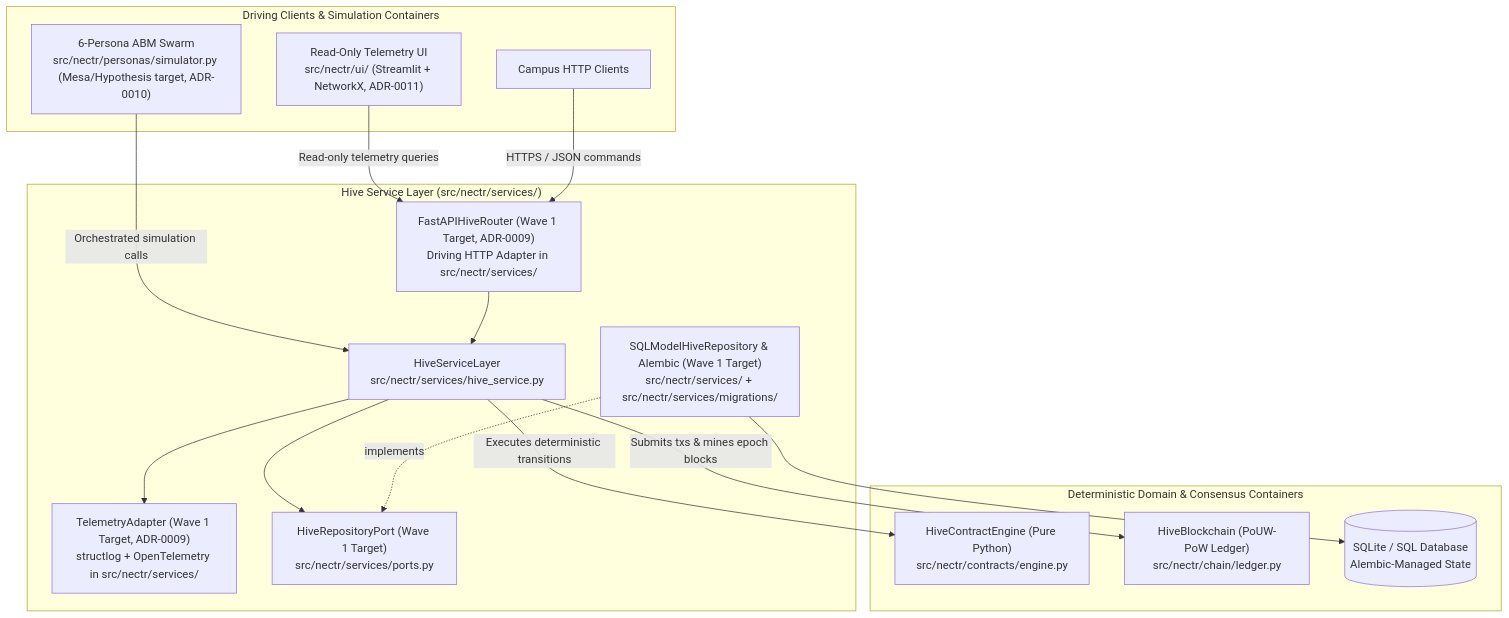
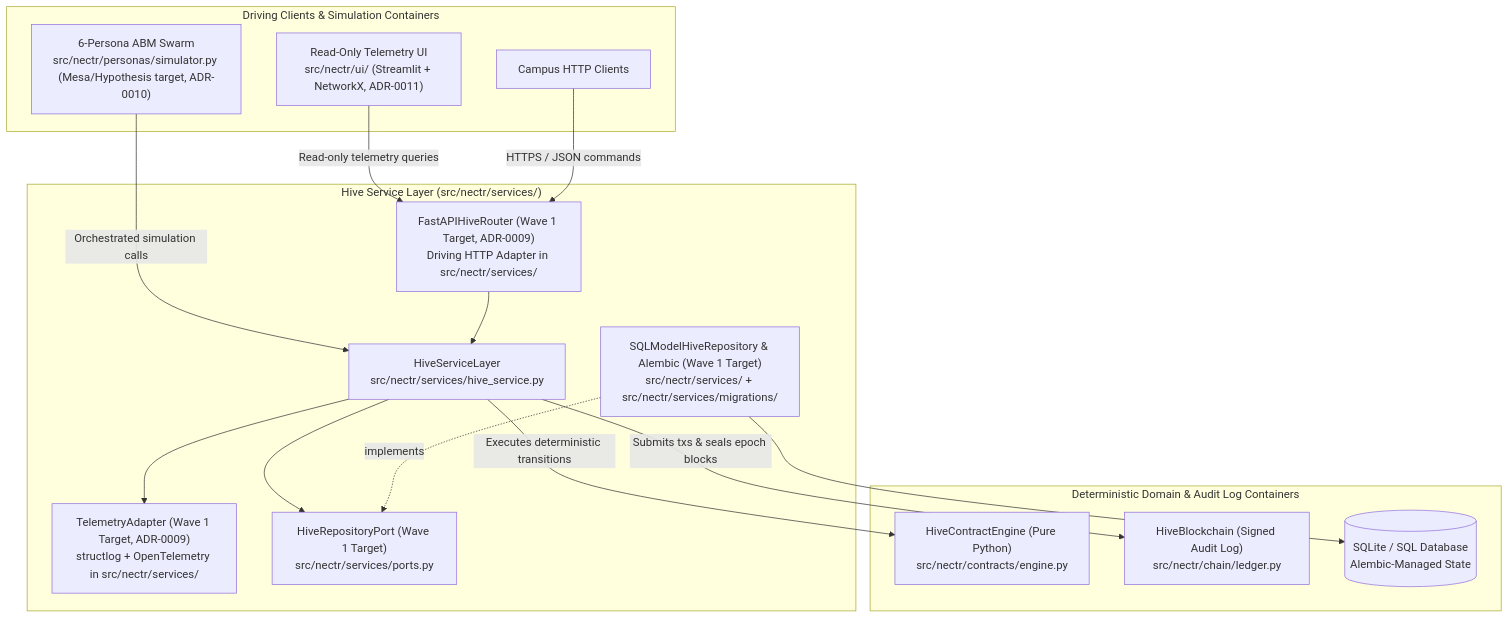
The second of 5 diagrams in docs/architecture/system_design.md (brandon-fox/nectR), drawn with Mermaid before and after one commit. The commit also changed other lines of this file and 14 other files, not shown here.

First line of the commit message:
docs(adr): record the chain as a signed audit log (#44)

````diff
--- a/docs/architecture/system_design.md
+++ b/docs/architecture/system_design.md
@@ -47,33 +47,33 @@
 ```mermaid
 flowchart TB
     subgraph Clients["Driving Clients & Simulation Containers"]
         UI["Read-Only Telemetry UI<br/>src/nectr/ui/ (Streamlit + NetworkX, ADR-0011)"]
         Personas["6-Persona ABM Swarm<br/>src/nectr/personas/simulator.py (Mesa/Hypothesis target, ADR-0010)"]
         CampusHTTP["Campus HTTP Clients"]
     end
 
     subgraph ServiceBoundary["Hive Service Layer (src/nectr/services/)"]
         FastAPI["FastAPIHiveRouter (Wave 1 Target, ADR-0009)<br/>Driving HTTP Adapter in src/nectr/services/"]
         ServiceCore["HiveServiceLayer<br/>src/nectr/services/hive_service.py"]
         Telemetry["TelemetryAdapter (Wave 1 Target, ADR-0009)<br/>structlog + OpenTelemetry in src/nectr/services/"]
         RepoPort["HiveRepositoryPort (Wave 1 Target)<br/>src/nectr/services/ports.py"]
         SQLRepo["SQLModelHiveRepository & Alembic (Wave 1 Target)<br/>src/nectr/services/ + src/nectr/services/migrations/"]
     end
 
-    subgraph DomainLedger["Deterministic Domain & Consensus Containers"]
+    subgraph DomainLedger["Deterministic Domain & Audit Log Containers"]
         Contracts["HiveContractEngine (Pure Python)<br/>src/nectr/contracts/engine.py"]
-        Chain["HiveBlockchain (PoUW-PoW Ledger)<br/>src/nectr/chain/ledger.py"]
+        Chain["HiveBlockchain (Signed Audit Log)<br/>src/nectr/chain/ledger.py"]
         DB[("SQLite / SQL Database<br/>Alembic-Managed State")]
     end
 
     UI -->|"Read-only telemetry queries"| FastAPI
     CampusHTTP -->|"HTTPS / JSON commands"| FastAPI
     Personas -->|"Orchestrated simulation calls"| ServiceCore
     FastAPI --> ServiceCore
     ServiceCore --> Telemetry
     ServiceCore --> RepoPort
     SQLRepo -.->|"implements"| RepoPort
     SQLRepo --> DB
     ServiceCore -->|"Executes deterministic transitions"| Contracts
-    ServiceCore -->|"Submits txs & mines epoch blocks"| Chain
+    ServiceCore -->|"Submits txs & seals epoch blocks"| Chain
 ```
````
